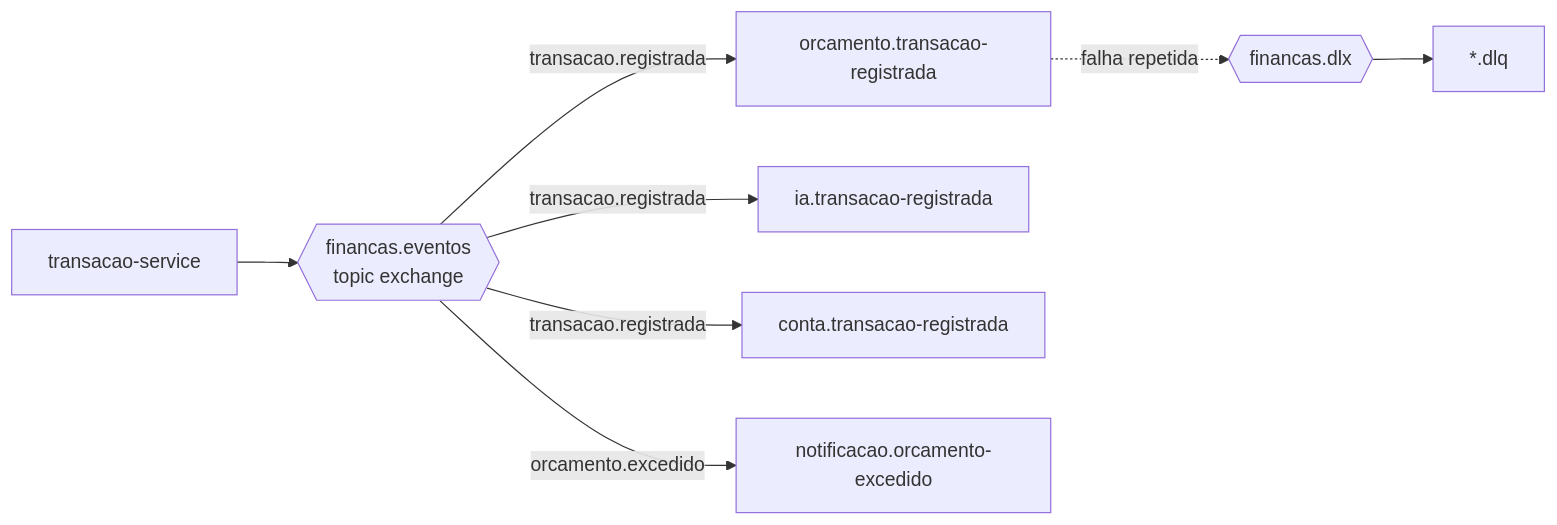
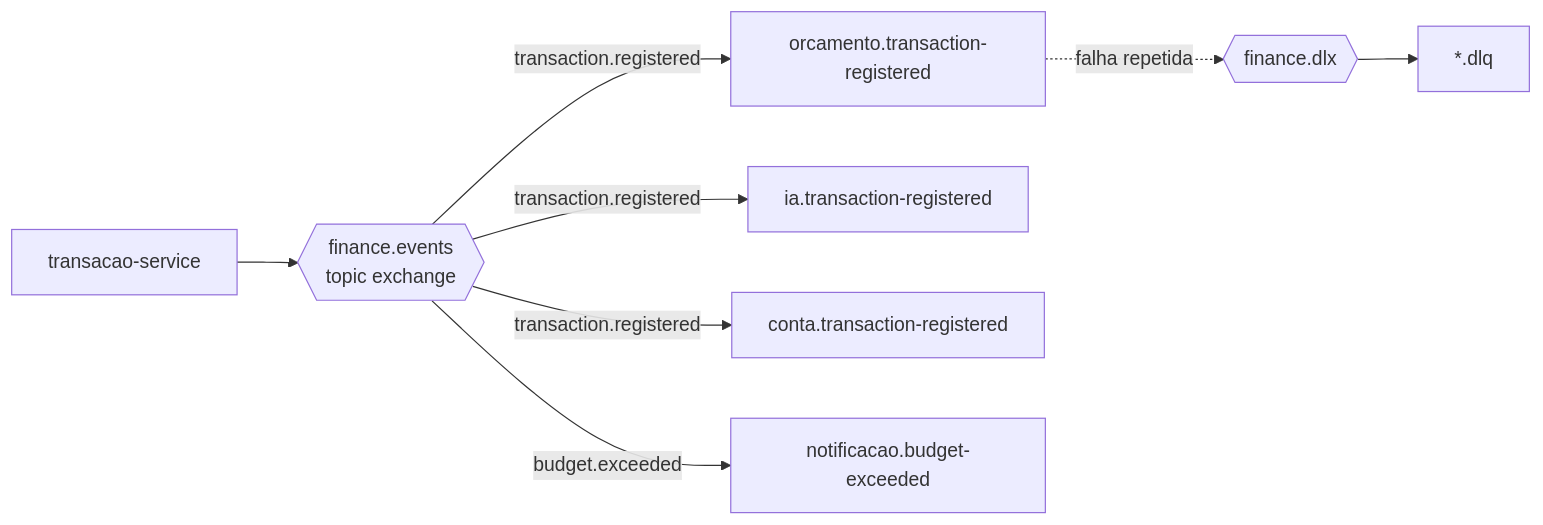
The fourth of 6 diagrams in docs/arquitetura.md (DiiOliiver/finance-api), drawn with Mermaid before and after one commit. The commit also changed other lines of this file and 13 other files, not shown here.

````diff
--- a/docs/arquitetura.md
+++ b/docs/arquitetura.md
@@ -283,10 +283,10 @@
 ```mermaid
 flowchart LR
-    TS[transacao-service] --> EX{{financas.eventos<br/>topic exchange}}
-    EX -- transacao.registrada --> Q1[orcamento.transacao-registrada]
-    EX -- transacao.registrada --> Q2[ia.transacao-registrada]
-    EX -- transacao.registrada --> Q3[conta.transacao-registrada]
-    EX -- orcamento.excedido --> Q4[notificacao.orcamento-excedido]
-    Q1 -. falha repetida .-> DLX{{financas.dlx}}
+    TS[transacao-service] --> EX{{finance.events<br/>topic exchange}}
+    EX -- transaction.registered --> Q1[orcamento.transaction-registered]
+    EX -- transaction.registered --> Q2[ia.transaction-registered]
+    EX -- transaction.registered --> Q3[conta.transaction-registered]
+    EX -- budget.exceeded --> Q4[notificacao.budget-exceeded]
+    Q1 -. falha repetida .-> DLX{{finance.dlx}}
     DLX --> DLQ[*.dlq]
 ```
````
